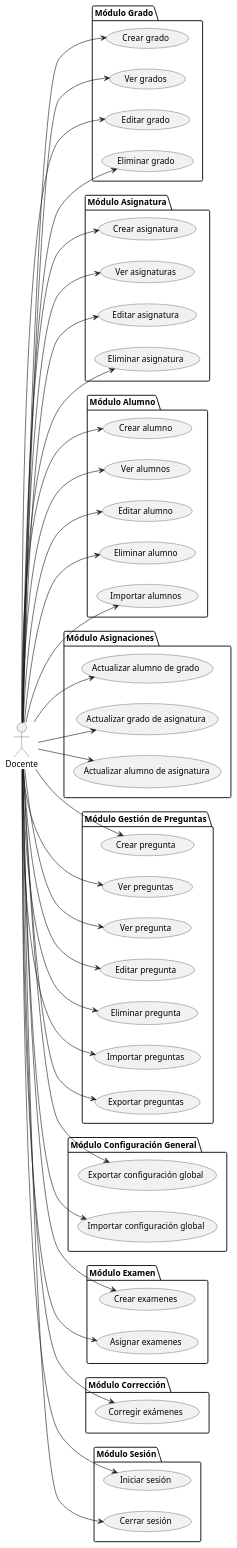
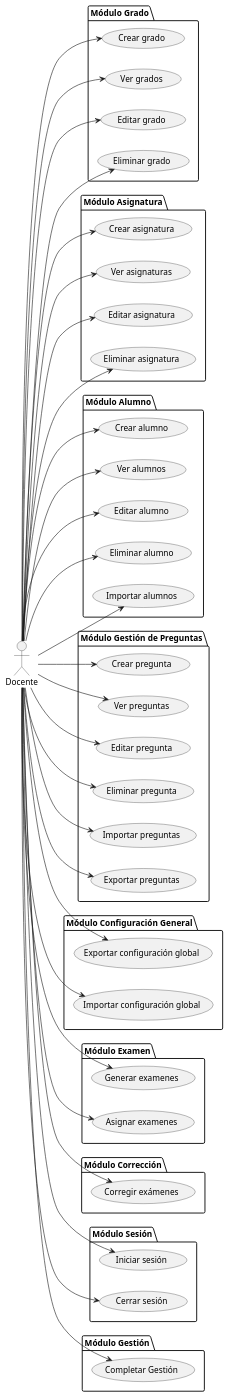
One commit to martinlopez7/25-26-IdSw1-SdR changed the diagram in documents/casos-de-uso/encontrarActoresYCasosDeUso/actoresYCasosDeUso-docente.puml. Above: the diagram before and after it, drawn with PlantUML. The commit also changed 10 other files, not shown here.

Commit message:
fix(mdd & cu) : Corrige listado de casos de uso y diagramas de modelo de dominio [refs #48]

```diff
--- a/documents/casos-de-uso/encontrarActoresYCasosDeUso/actoresYCasosDeUso-docente.puml
+++ b/documents/casos-de-uso/encontrarActoresYCasosDeUso/actoresYCasosDeUso-docente.puml
@@ -1,96 +1,93 @@
 @startuml actoresYCasosDeUso-docente
 
 left to right direction
 
 actor "Docente" as doc
 
 package "Módulo Grado" {
   usecase "Crear grado" as UC1
   usecase "Ver grados" as UC2
   usecase "Editar grado" as UC3
   usecase "Eliminar grado" as UC4
 }
 
 package "Módulo Asignatura" {
   usecase "Crear asignatura" as UC5
   usecase "Ver asignaturas" as UC6
   usecase "Editar asignatura" as UC7
   usecase "Eliminar asignatura" as UC8
 }
 
 package "Módulo Alumno" {
   usecase "Crear alumno" as UC9
   usecase "Ver alumnos" as UC10
   usecase "Editar alumno" as UC11
   usecase "Eliminar alumno" as UC12
    usecase "Importar alumnos" as UC19
 }
 
-package "Módulo Asignaciones" {
-  usecase "Actualizar alumno de grado" as UC13
-  usecase "Actualizar grado de asignatura" as UC15
-  usecase "Actualizar alumno de asignatura" as UC17
-}
+
 
 package "Módulo Gestión de Preguntas" {
   usecase "Crear pregunta" as UC20
   usecase "Ver preguntas" as UC21
-  usecase "Ver pregunta" as UC30
   usecase "Editar pregunta" as UC22
   usecase "Eliminar pregunta" as UC23
   usecase "Importar preguntas" as UC24
   usecase "Exportar preguntas" as UC25
 }
 
 package "Módulo Configuración General" {
   usecase "Exportar configuración global" as UC26
   usecase "Importar configuración global" as UC27
 }
 
 package "Módulo Examen" {
-  usecase "Crear examenes" as UC28
+  usecase "Generar examenes" as UC28
   usecase "Asignar examenes" as UC29
  
 }
 
 package "Módulo Corrección" {
   usecase "Corregir exámenes" as UC31
 }
 
 package "Módulo Sesión" {
   usecase "Iniciar sesión" as UC41
   usecase "Cerrar sesión" as UC42
+}
+
+package "Módulo Gestión" {
+  usecase "Completar Gestión" as UC13
+
 }
 
 doc --> UC1
 doc --> UC2
 doc --> UC3
 doc --> UC4
 doc --> UC5
 doc --> UC6
 doc --> UC7
 doc --> UC8
 doc --> UC9
 doc --> UC10
 doc --> UC11
 doc --> UC12
 doc --> UC13
-doc --> UC15
-doc --> UC17
 doc --> UC19
 doc --> UC20
 doc --> UC21
 doc --> UC22
 doc --> UC23
 doc --> UC24
 doc --> UC25
 doc --> UC26
 doc --> UC27
 doc --> UC28
 doc --> UC29
-doc --> UC30
 doc --> UC31
 doc --> UC41
 doc --> UC42
 
 @enduml
```
